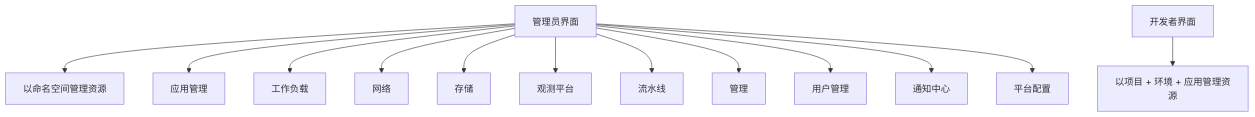
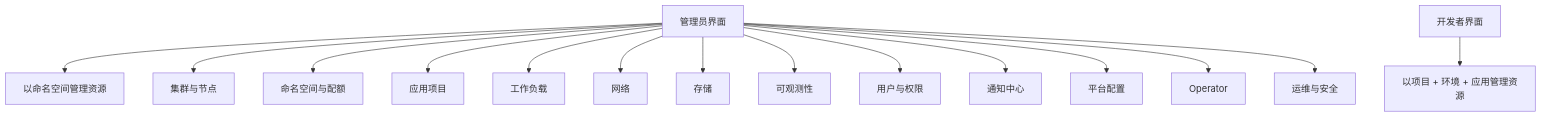
One commit to kube-do/kdo changed the diagram in site-docs/admin/index.md. Above: the diagram before and after it, drawn with Mermaid. The commit also changed other lines of this file and 83 other files, not shown here.

````diff
--- a/site-docs/admin/index.md
+++ b/site-docs/admin/index.md
@@ -25,15 +25,17 @@
 ```mermaid
 flowchart TD
     A[管理员界面] --> B[以命名空间管理资源]
-    A --> C[应用管理]
-    A --> D[工作负载]
-    A --> E[网络]
-    A --> F[存储]
-    A --> G[观测平台]
-    A --> H[流水线]
-    A --> I[管理]
-    A --> J[用户管理]
+    A --> C[集群与节点]
+    A --> D[命名空间与配额]
+    A --> E[应用项目]
+    A --> F[工作负载]
+    A --> G[网络]
+    A --> H[存储]
+    A --> I[可观测性]
+    A --> J[用户与权限]
     A --> K[通知中心]
     A --> L[平台配置]
-    M[开发者界面] --> N[以项目 + 环境 + 应用管理资源]
+    A --> M[Operator]
+    A --> N[运维与安全]
+    O[开发者界面] --> P[以项目 + 环境 + 应用管理资源]
 ```
````
